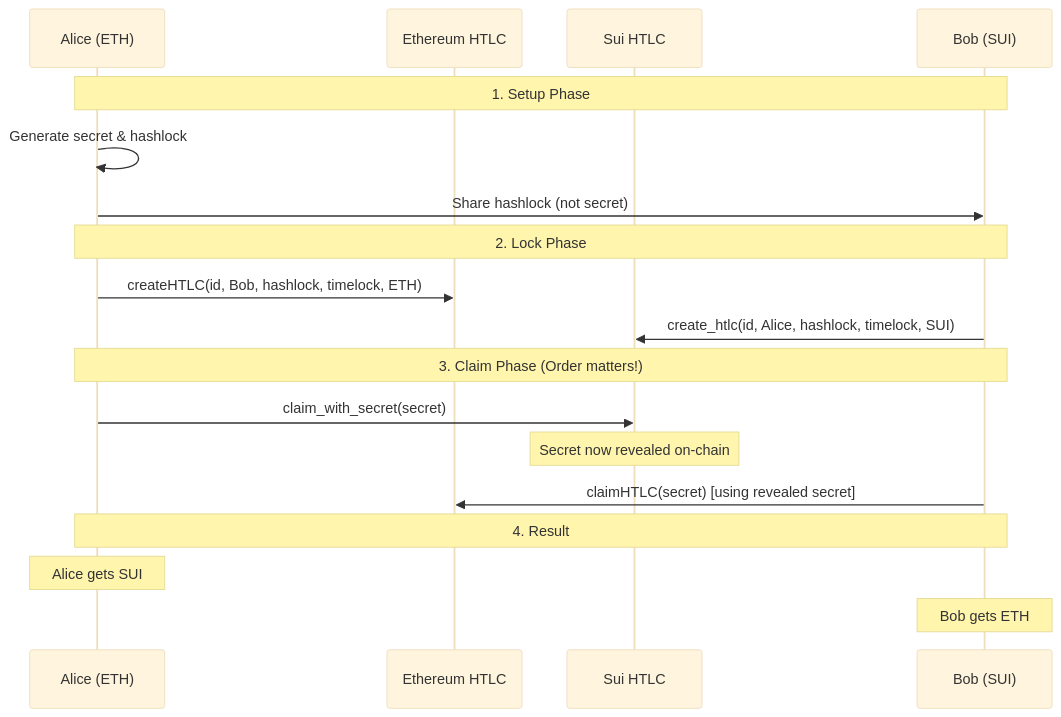
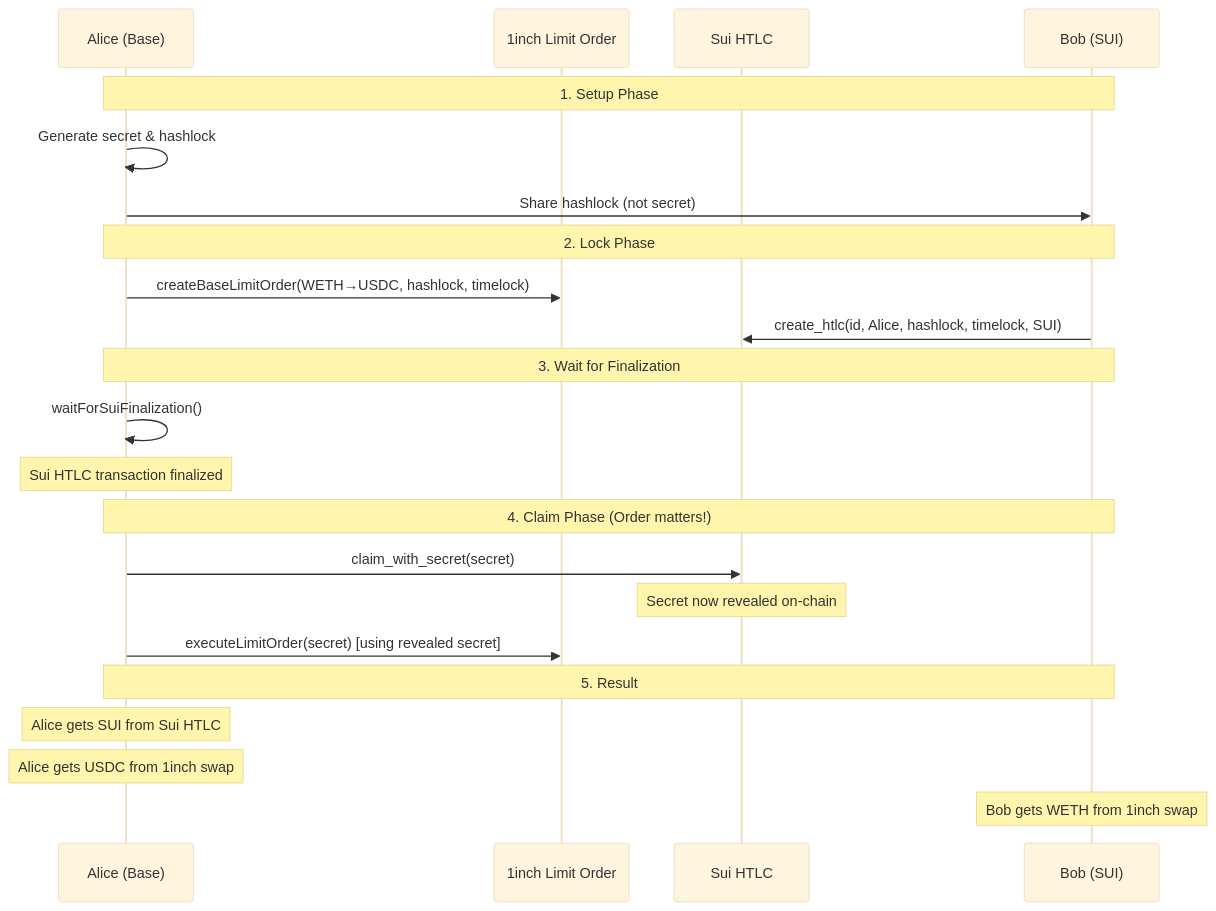
The diagram in README.md (codeakki/MoveSwap), drawn with Mermaid (base theme) before and after one commit. The commit also changed other lines of this file, not shown here.

````diff
--- a/README.md
+++ b/README.md
@@ -280,24 +280,29 @@
 ```mermaid
 sequenceDiagram
-    participant Alice as Alice (ETH)
-    participant EthHTLC as Ethereum HTLC
+    participant Alice as Alice (Base)
+    participant OneInch as 1inch Limit Order
     participant SuiHTLC as Sui HTLC
     participant Bob as Bob (SUI)
 
     Note over Alice,Bob: 1. Setup Phase
     Alice->>Alice: Generate secret & hashlock
     Alice->>Bob: Share hashlock (not secret)
 
     Note over Alice,Bob: 2. Lock Phase
-    Alice->>EthHTLC: createHTLC(id, Bob, hashlock, timelock, ETH)
+    Alice->>OneInch: createBaseLimitOrder(WETH→USDC, hashlock, timelock)
     Bob->>SuiHTLC: create_htlc(id, Alice, hashlock, timelock, SUI)
 
-    Note over Alice,Bob: 3. Claim Phase (Order matters!)
+    Note over Alice,Bob: 3. Wait for Finalization
+    Alice->>Alice: waitForSuiFinalization()
+    Note over Alice: Sui HTLC transaction finalized
+
+    Note over Alice,Bob: 4. Claim Phase (Order matters!)
     Alice->>SuiHTLC: claim_with_secret(secret)
     Note over SuiHTLC: Secret now revealed on-chain
-    Bob->>EthHTLC: claimHTLC(secret) [using revealed secret]
+    Alice->>OneInch: executeLimitOrder(secret) [using revealed secret]
 
-    Note over Alice,Bob: 4. Result
-    Note over Alice: Alice gets SUI
-    Note over Bob: Bob gets ETH
+    Note over Alice,Bob: 5. Result
+    Note over Alice: Alice gets SUI from Sui HTLC
+    Note over Alice: Alice gets USDC from 1inch swap
+    Note over Bob: Bob gets WETH from 1inch swap
 ```
````
